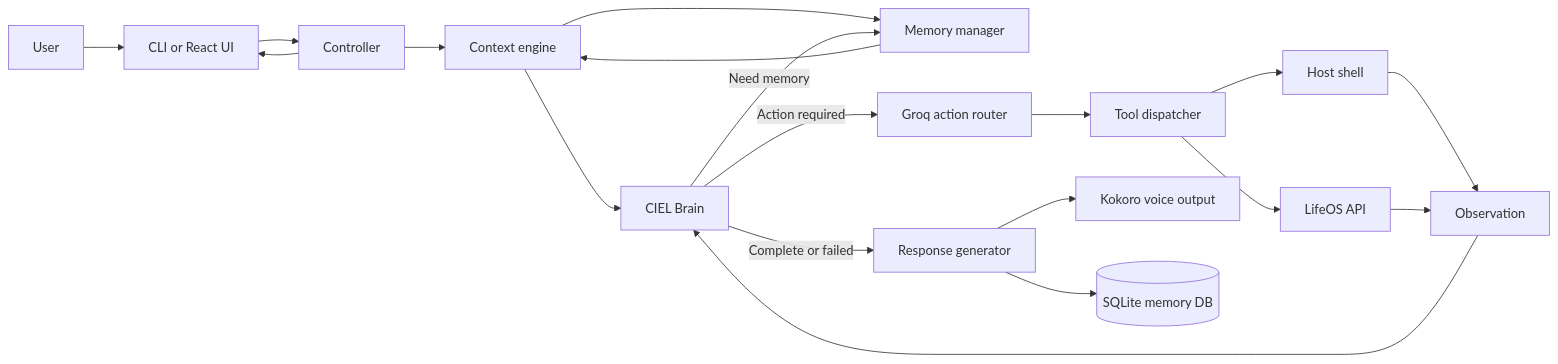
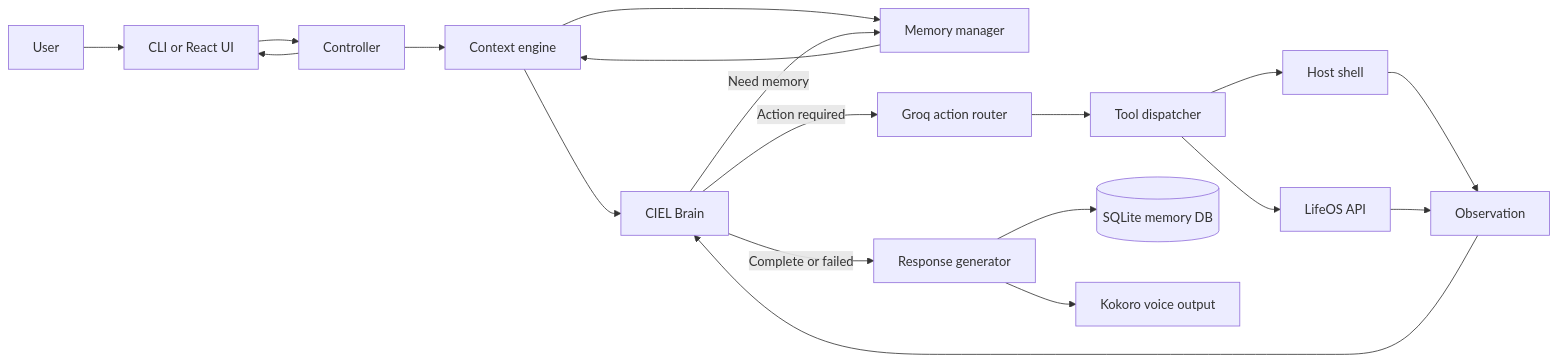
Before and after one commit to Ali-Raza-H/AI_Assistant: the diagram in README.md, drawn with Mermaid. The commit also changed other lines of this file, not shown here.

````diff
--- a/README.md
+++ b/README.md
@@ -25,21 +27,21 @@
 ```mermaid
 flowchart LR
     U[User] --> I[CLI or React UI]
     I --> C[Controller]
     C --> X[Context engine]
     X --> M[Memory manager]
     M --> X
     X --> BRAIN[CIEL Brain]
     BRAIN -->|Action required| R[Groq action router]
     R --> T[Tool dispatcher]
     T --> SH[Host shell]
     T --> L[LifeOS API]
     SH --> O[Observation]
     L --> O
     O --> BRAIN
     BRAIN -->|Need memory| M
     BRAIN -->|Complete or failed| F[Response generator]
+    F --> H[(SQLite memory DB)]
     F --> V[Kokoro voice output]
-    F --> H[(SQLite memory DB)]
     C --> I
 ```
````
